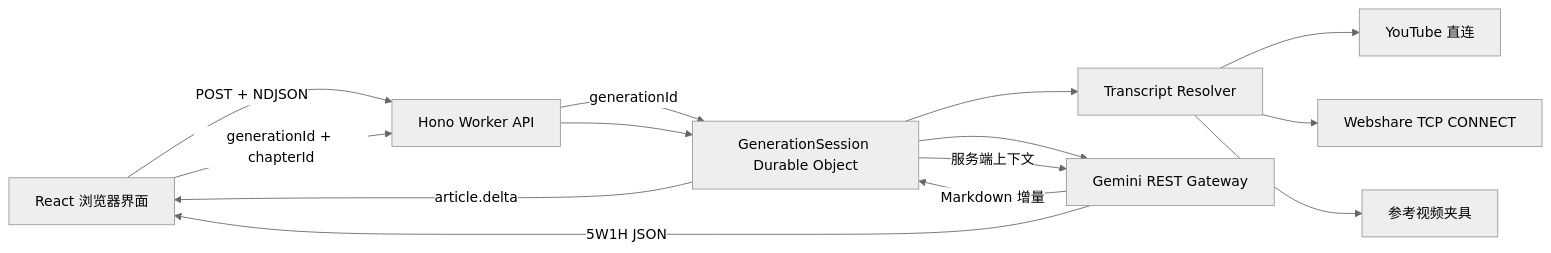
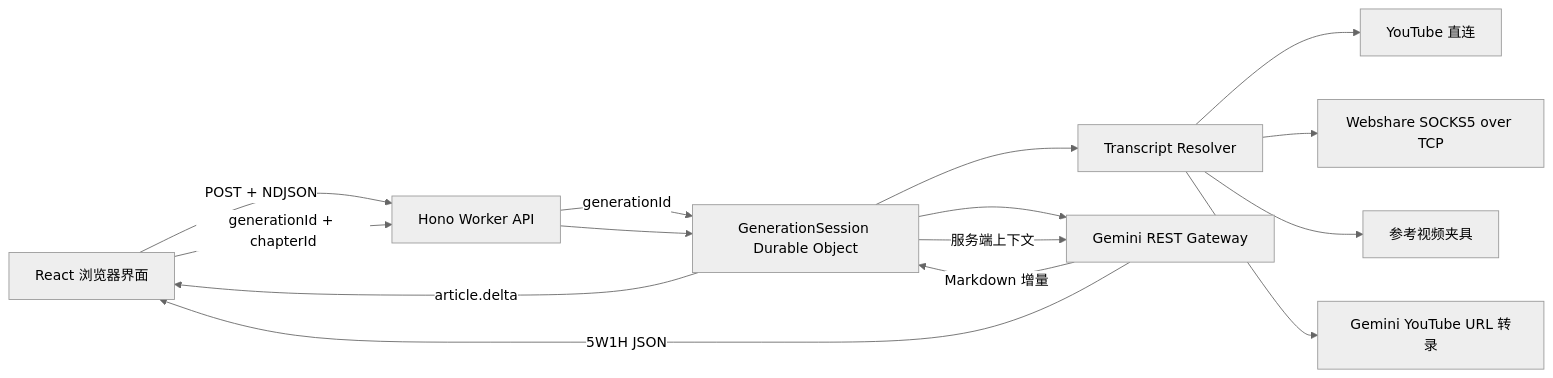
One commit to jay88159/youtube-dialogue-studio changed the diagram in docs/ARCHITECTURE.md. Above: the diagram before and after it, drawn with Mermaid (neutral theme). The commit also changed other lines of this file and 20 other files, not shown here.

Commit message:
fix: recover from blocked YouTube transcripts

````diff
--- a/docs/ARCHITECTURE.md
+++ b/docs/ARCHITECTURE.md
@@ -34,16 +35,17 @@
 ```mermaid
 flowchart LR
     Browser[React 浏览器界面] -->|POST + NDJSON| API[Hono Worker API]
     API -->|generationId| Session[GenerationSession Durable Object]
     Session --> Transcript[Transcript Resolver]
     Transcript --> Direct[YouTube 直连]
-    Transcript --> Proxy[Webshare TCP CONNECT]
+    Transcript --> Proxy[Webshare SOCKS5 over TCP]
     Transcript --> Fixture[参考视频夹具]
+    Transcript --> Video[Gemini YouTube URL 转录]
     Session --> Gemini[Gemini REST Gateway]
     Gemini -->|Markdown 增量| Session
     Session -->|article.delta| Browser
     Browser -->|generationId + chapterId| API
     API --> Session
     Session -->|服务端上下文| Gemini
     Gemini -->|5W1H JSON| Browser
 ```
````
